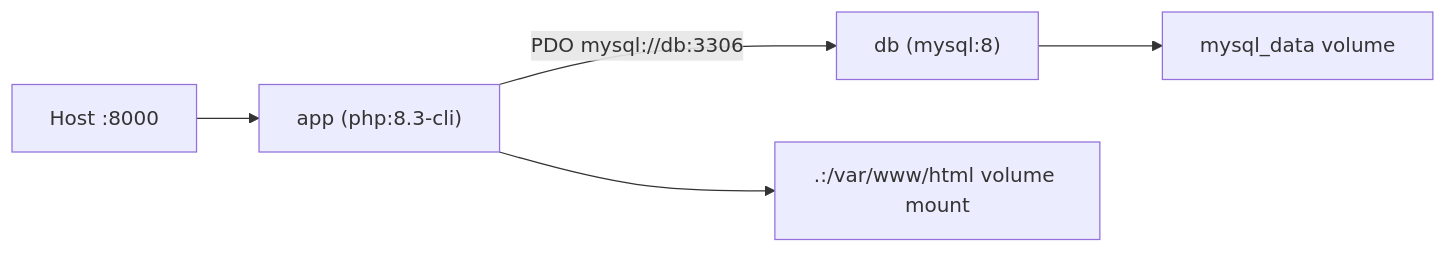
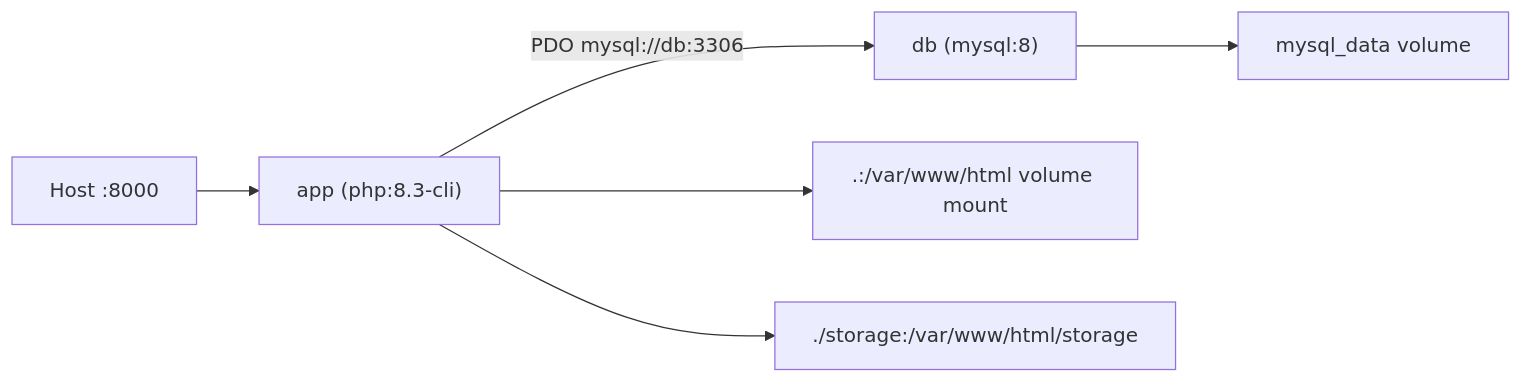
The fourth of 5 diagrams in README.md (AdamsUCCollegeProjects/php-backend-server), drawn with Mermaid before and after one commit. The commit also changed other lines of this file and 15 other files, not shown here.

````diff
--- a/README.md
+++ b/README.md
@@ -450,7 +559,8 @@
 ```mermaid
 flowchart LR
   Host["Host :8000"] --> app["app (php:8.3-cli)"]
   app -->|"PDO mysql://db:3306"| db["db (mysql:8)"]
   db --> volume["mysql_data volume"]
   app --> mount[".:/var/www/html volume mount"]
+  app --> storageMount["./storage:/var/www/html/storage"]
 ```
````
